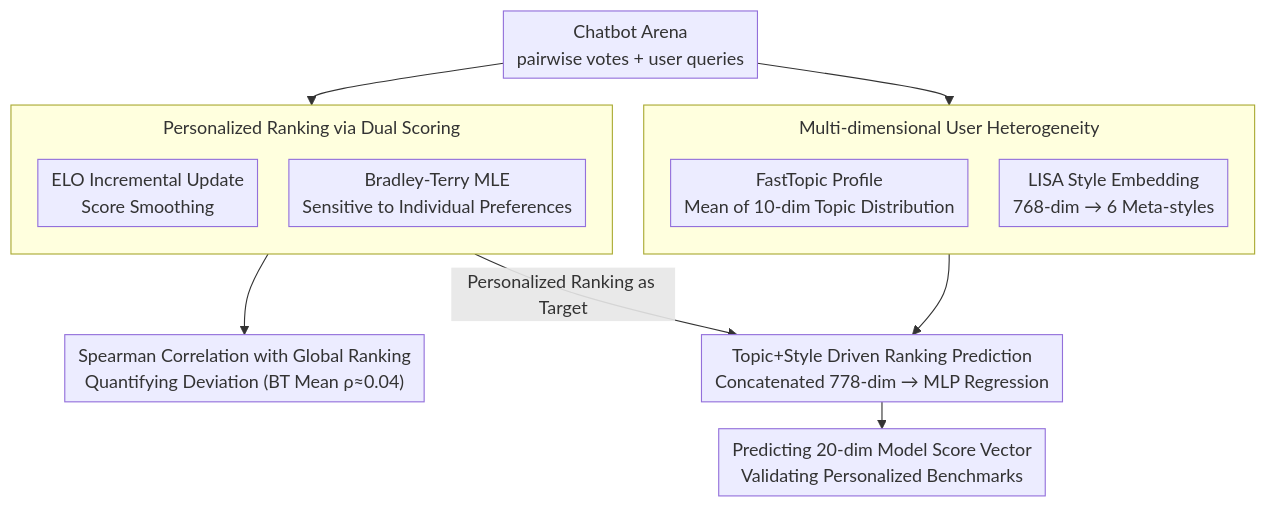
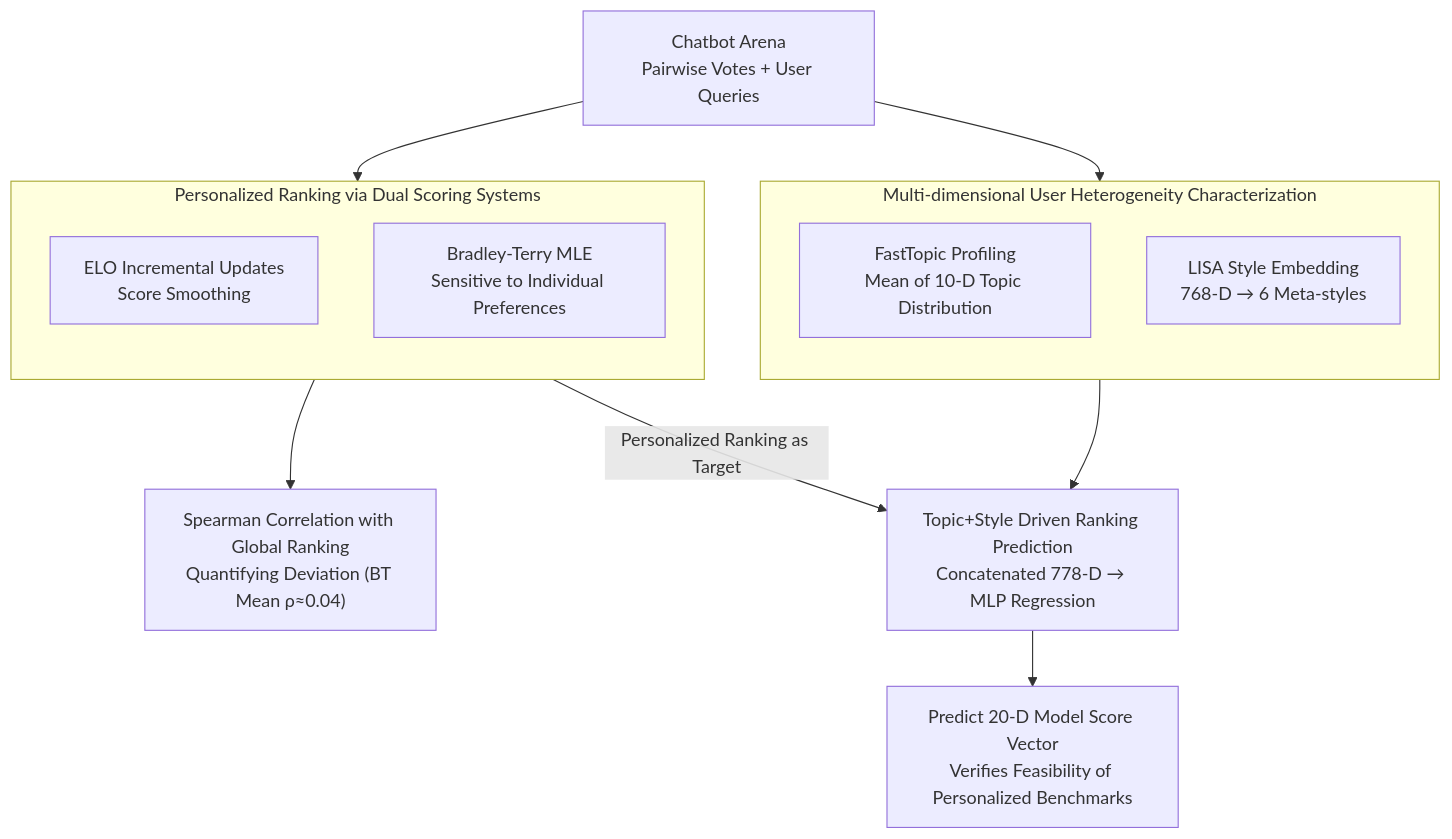
One commit to zhaoyang97/Paper-Notes-en changed the diagram in docs/ACL2026/llm_evaluation/personalized_benchmarking_evaluating_llms_by_individual_preferences.md. Above: the diagram before and after it, drawn with Mermaid. The commit also changed other lines of this file and 5084 other files, not shown here.

````diff
--- a/docs/ACL2026/llm_evaluation/personalized_benchmarking_evaluating_llms_by_individual_preferences.md
+++ b/docs/ACL2026/llm_evaluation/personalized_benchmarking_evaluating_llms_by_individual_preferences.md
@@ -44,21 +44,20 @@
 ```mermaid
-%%{init: {'flowchart': {'rankSpacing': 24, 'nodeSpacing': 28, 'padding': 6, 'wrappingWidth': 400, 'subGraphTitleMargin': {'top': 8, 'bottom': 16}}}}%%
-flowchart TD
-    A["Chatbot Arena<br/>pairwise votes + user queries"]
-    subgraph S1["Personalized Ranking via Dual Scoring"]
+graph TD
+    A["Chatbot Arena<br/>Pairwise Votes + User Queries"]
+    subgraph S1["Personalized Ranking via Dual Scoring Systems"]
         direction TB
-        B1["ELO Incremental Update<br/>Score Smoothing"]
+        B1["ELO Incremental Updates<br/>Score Smoothing"]
         B2["Bradley-Terry MLE<br/>Sensitive to Individual Preferences"]
     end
-    subgraph S2["Multi-dimensional User Heterogeneity"]
+    subgraph S2["Multi-dimensional User Heterogeneity Characterization"]
         direction TB
-        C1["FastTopic Profile<br/>Mean of 10-dim Topic Distribution"]
-        C2["LISA Style Embedding<br/>768-dim → 6 Meta-styles"]
+        C1["FastTopic Profiling<br/>Mean of 10-D Topic Distribution"]
+        C2["LISA Style Embedding<br/>768-D → 6 Meta-styles"]
     end
     A --> S1
     A --> S2
     S1 --> D["Spearman Correlation with Global Ranking<br/>Quantifying Deviation (BT Mean ρ≈0.04)"]
-    S2 --> E["Topic+Style Driven Ranking Prediction<br/>Concatenated 778-dim → MLP Regression"]
+    S2 --> E["Topic+Style Driven Ranking Prediction<br/>Concatenated 778-D → MLP Regression"]
     S1 -->|Personalized Ranking as Target| E
-    E --> F["Predicting 20-dim Model Score Vector<br/>Validating Personalized Benchmarks"]
+    E --> F["Predict 20-D Model Score Vector<br/>Verifies Feasibility of Personalized Benchmarks"]
 ```
````
